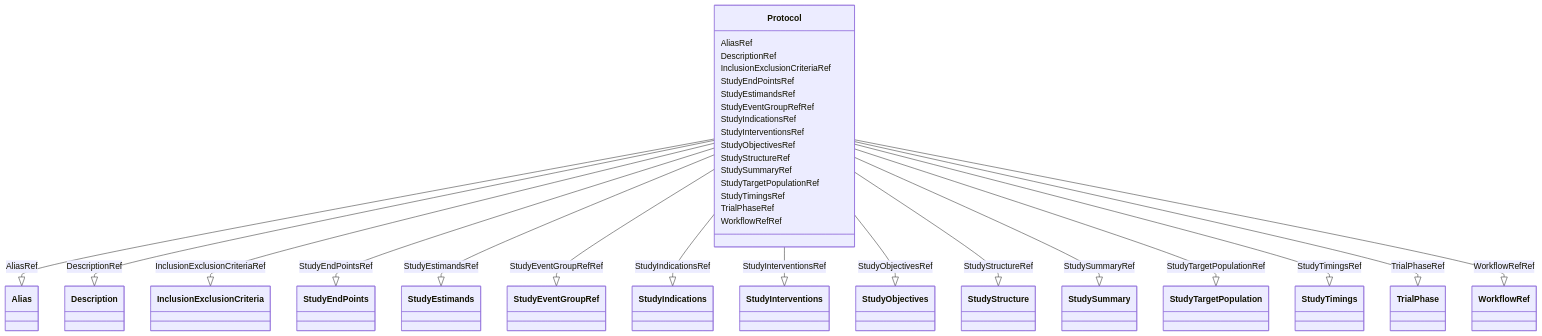
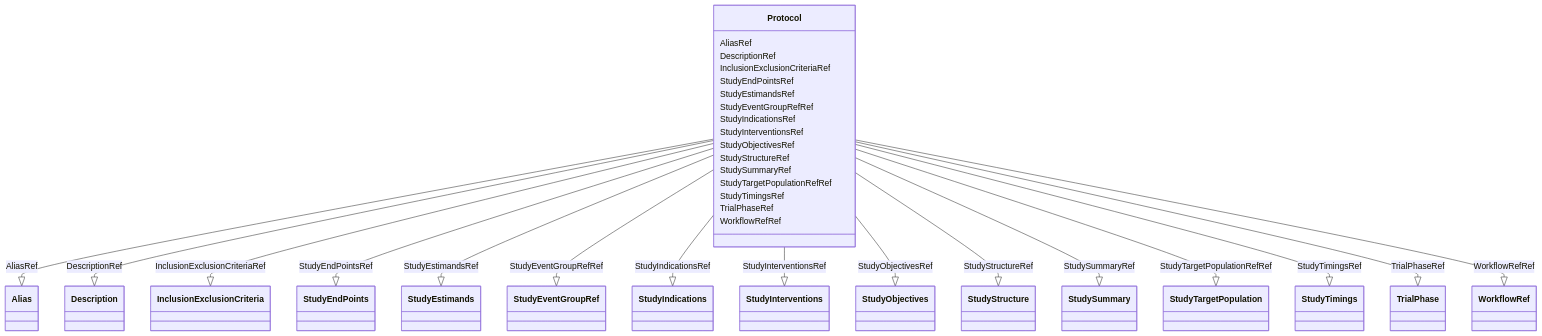
Before and after one commit to cdisc-org/DataExchange-ODM-LinkML: the diagram in docs/Protocol.md, drawn with Mermaid. The commit also changed other lines of this file and 398 other files, not shown here.

Commit message:
refreshing for latest updates to schema

````diff
--- a/docs/Protocol.md
+++ b/docs/Protocol.md
@@ -9,65 +9,65 @@
 ```mermaid
  classDiagram
     class Protocol
       Protocol : AliasRef
         
           Protocol --|> Alias : AliasRef
         
       Protocol : DescriptionRef
         
           Protocol --|> Description : DescriptionRef
         
       Protocol : InclusionExclusionCriteriaRef
         
           Protocol --|> InclusionExclusionCriteria : InclusionExclusionCriteriaRef
         
       Protocol : StudyEndPointsRef
         
           Protocol --|> StudyEndPoints : StudyEndPointsRef
         
       Protocol : StudyEstimandsRef
         
           Protocol --|> StudyEstimands : StudyEstimandsRef
         
       Protocol : StudyEventGroupRefRef
         
           Protocol --|> StudyEventGroupRef : StudyEventGroupRefRef
         
       Protocol : StudyIndicationsRef
         
           Protocol --|> StudyIndications : StudyIndicationsRef
         
       Protocol : StudyInterventionsRef
         
           Protocol --|> StudyInterventions : StudyInterventionsRef
         
       Protocol : StudyObjectivesRef
         
           Protocol --|> StudyObjectives : StudyObjectivesRef
         
       Protocol : StudyStructureRef
         
           Protocol --|> StudyStructure : StudyStructureRef
         
       Protocol : StudySummaryRef
         
           Protocol --|> StudySummary : StudySummaryRef
         
-      Protocol : StudyTargetPopulationRef
+      Protocol : StudyTargetPopulationRefRef
         
-          Protocol --|> StudyTargetPopulation : StudyTargetPopulationRef
+          Protocol --|> StudyTargetPopulation : StudyTargetPopulationRefRef
         
       Protocol : StudyTimingsRef
         
           Protocol --|> StudyTimings : StudyTimingsRef
         
       Protocol : TrialPhaseRef
         
           Protocol --|> TrialPhase : TrialPhaseRef
         
       Protocol : WorkflowRefRef
         
           Protocol --|> WorkflowRef : WorkflowRefRef
         
       
 ```
````
